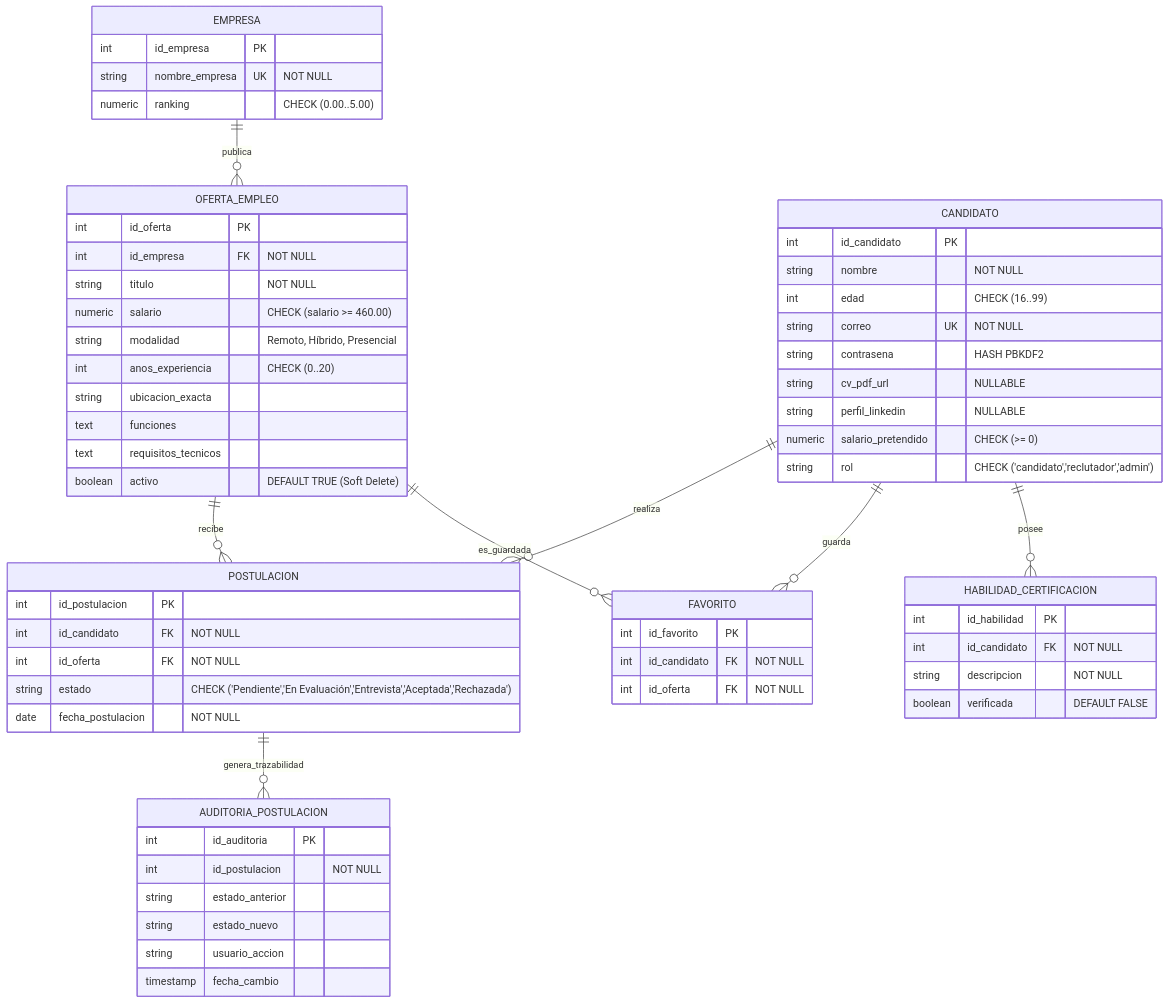
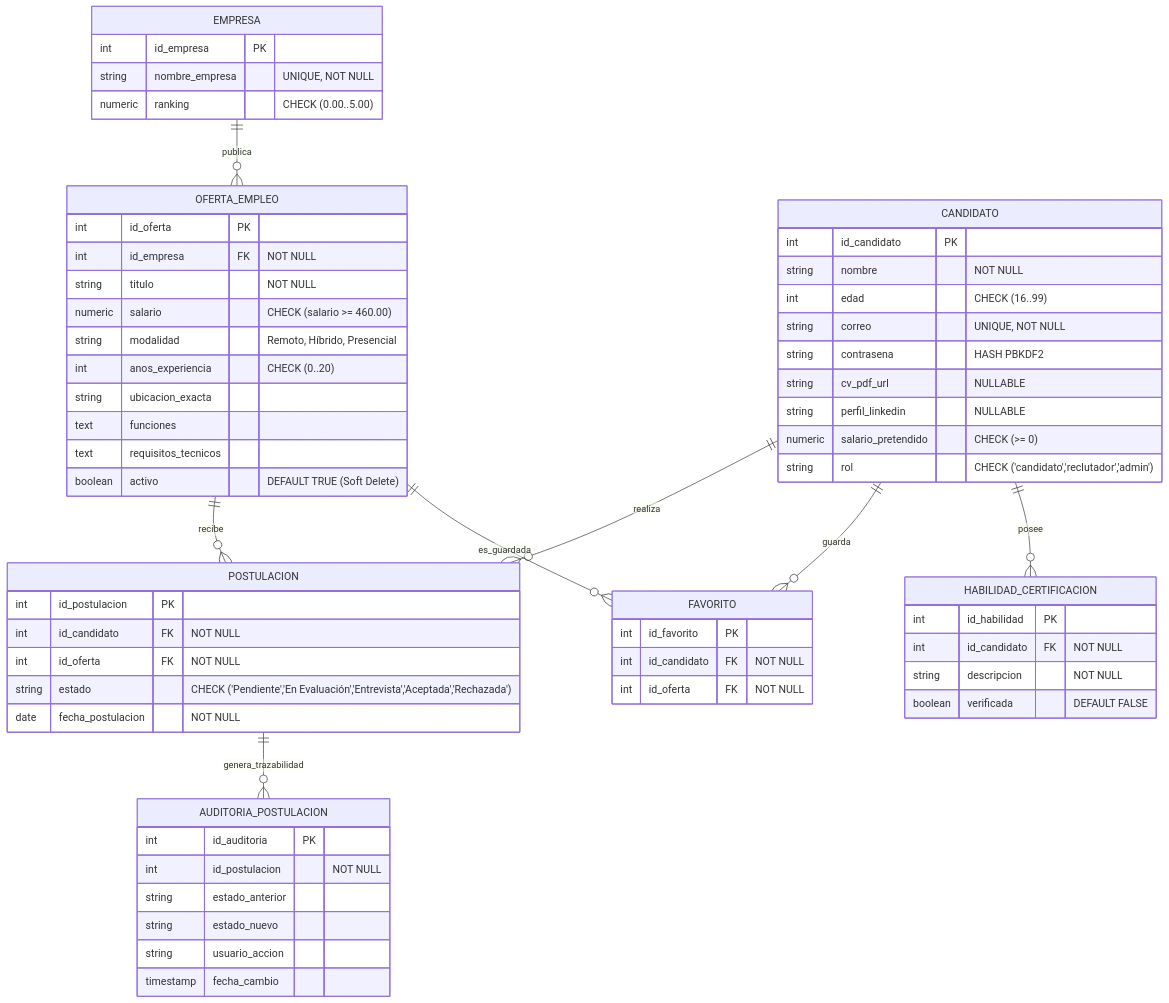
Before and after one commit to dalton-isaac/Plataforma-de-Empleo: the second of 2 diagrams in docs/MANUAL_DESARROLLADOR.md, drawn with Mermaid. The commit also changed other lines of this file and 1 other file, not shown here.

Commit message:
fix(docs): corregir sintaxis de claves en erdiagram y encomillar nodos mermaid

````diff
--- a/docs/MANUAL_DESARROLLADOR.md
+++ b/docs/MANUAL_DESARROLLADOR.md
@@ -218,71 +218,71 @@
 ```mermaid
 erDiagram
     EMPRESA ||--o{ OFERTA_EMPLEO : "publica"
     CANDIDATO ||--o{ POSTULACION : "realiza"
     OFERTA_EMPLEO ||--o{ POSTULACION : "recibe"
     CANDIDATO ||--o{ FAVORITO : "guarda"
     OFERTA_EMPLEO ||--o{ FAVORITO : "es_guardada"
     CANDIDATO ||--o{ HABILIDAD_CERTIFICACION : "posee"
     POSTULACION ||--o{ AUDITORIA_POSTULACION : "genera_trazabilidad"
 
     EMPRESA {
         int id_empresa PK
-        string nombre_empresa UK "NOT NULL"
+        string nombre_empresa "UNIQUE, NOT NULL"
         numeric ranking "CHECK (0.00..5.00)"
     }
 
     CANDIDATO {
         int id_candidato PK
         string nombre "NOT NULL"
         int edad "CHECK (16..99)"
-        string correo UK "NOT NULL"
+        string correo "UNIQUE, NOT NULL"
         string contrasena "HASH PBKDF2"
         string cv_pdf_url "NULLABLE"
         string perfil_linkedin "NULLABLE"
         numeric salario_pretendido "CHECK (>= 0)"
         string rol "CHECK ('candidato','reclutador','admin')"
     }
 
     OFERTA_EMPLEO {
         int id_oferta PK
         int id_empresa FK "NOT NULL"
         string titulo "NOT NULL"
         numeric salario "CHECK (salario >= 460.00)"
         string modalidad "Remoto, Híbrido, Presencial"
         int anos_experiencia "CHECK (0..20)"
         string ubicacion_exacta
         text funciones
         text requisitos_tecnicos
         boolean activo "DEFAULT TRUE (Soft Delete)"
     }
 
     POSTULACION {
         int id_postulacion PK
         int id_candidato FK "NOT NULL"
         int id_oferta FK "NOT NULL"
         string estado "CHECK ('Pendiente','En Evaluación','Entrevista','Aceptada','Rechazada')"
         date fecha_postulacion "NOT NULL"
     }
 
     FAVORITO {
         int id_favorito PK
         int id_candidato FK "NOT NULL"
         int id_oferta FK "NOT NULL"
     }
 
     HABILIDAD_CERTIFICACION {
         int id_habilidad PK
         int id_candidato FK "NOT NULL"
         string descripcion "NOT NULL"
         boolean verificada "DEFAULT FALSE"
     }
 
     AUDITORIA_POSTULACION {
         int id_auditoria PK
         int id_postulacion "NOT NULL"
         string estado_anterior
         string estado_nuevo
         string usuario_accion
         timestamp fecha_cambio
     }
 ```
````
